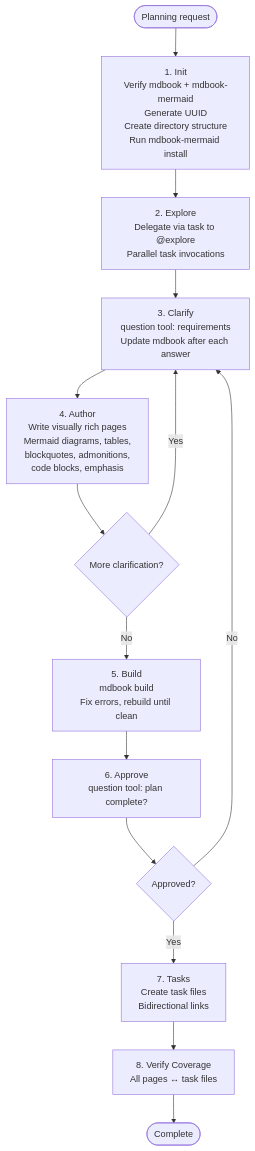
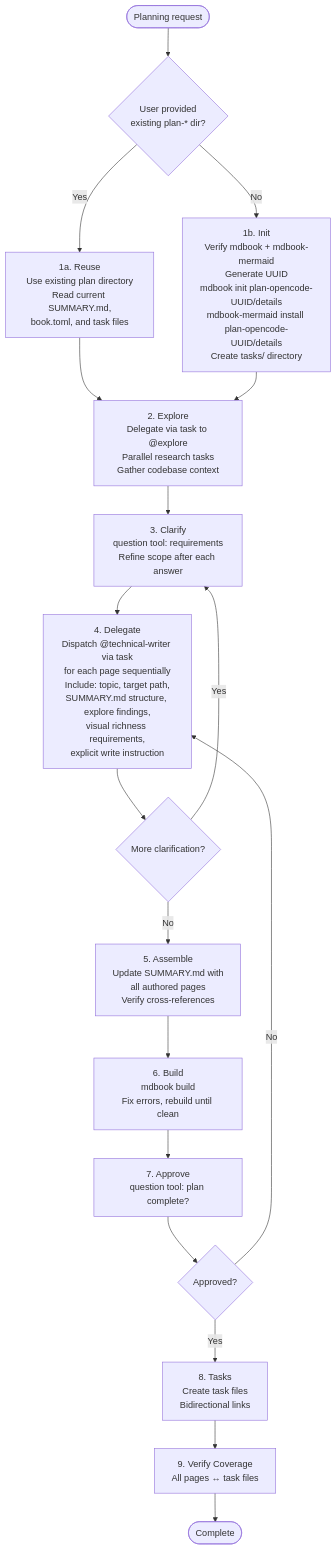
The first of 2 diagrams in pages/src/absurd/plan.md (juliankahlert/opencode-config), drawn with Mermaid before and after one commit. The commit also changed other lines of this file and 4 other files, not shown here.

````diff
--- a/pages/src/absurd/plan.md
+++ b/pages/src/absurd/plan.md
@@ -13,28 +22,35 @@
 ```mermaid
 flowchart TD
-    START([Planning request]) --> INIT
+    START([Planning request]) --> CHECK
 
-    INIT[<span>1.</span> Init<br/>Verify mdbook + mdbook-mermaid<br/>Generate UUID<br/>Create directory structure<br/>Run mdbook-mermaid install]
+    CHECK{User provided<br/>existing plan-* dir?}
+    CHECK -->|Yes| REUSE["<span>1a.</span> Reuse<br/>Use existing plan directory<br/>Read current SUMMARY.md,<br/>book.toml, and task files"]
+    CHECK -->|No| INIT["<span>1b.</span> Init<br/>Verify mdbook + mdbook-mermaid<br/>Generate UUID<br/>mdbook init plan-opencode-UUID/details<br/>mdbook-mermaid install plan-opencode-UUID/details<br/>Create tasks/ directory"]
 
-    INIT --> EXPLORE[<span>2.</span> Explore<br/>Delegate via task to @explore<br/>Parallel task invocations]
+    REUSE --> EXPLORE
+    INIT --> EXPLORE
 
-    EXPLORE --> CLARIFY[<span>3.</span> Clarify<br/>question tool: requirements<br/>Update mdbook after each answer]
+    EXPLORE["<span>2.</span> Explore<br/>Delegate via task to @explore<br/>Parallel research tasks<br/>Gather codebase context"]
 
-    CLARIFY --> AUTHOR[<span>4.</span> Author<br/>Write visually rich pages<br/>Mermaid diagrams, tables,<br/>blockquotes, admonitions,<br/>code blocks, emphasis]
+    EXPLORE --> CLARIFY["<span>3.</span> Clarify<br/>question tool: requirements<br/>Refine scope after each answer"]
 
-    AUTHOR --> MORE{More clarification?}
+    CLARIFY --> DELEGATE["<span>4.</span> Delegate<br/>Dispatch @technical-writer via task<br/>for each page sequentially<br/>Include: topic, target path,<br/>SUMMARY.md structure, explore findings,<br/>visual richness requirements,<br/>explicit write instruction"]
+
+    DELEGATE --> MORE{More clarification?}
     MORE -->|Yes| CLARIFY
-    MORE -->|No| BUILD
+    MORE -->|No| ASSEMBLE
 
-    BUILD[<span>5.</span> Build<br/>mdbook build<br/>Fix errors, rebuild until clean]
+    ASSEMBLE["<span>5.</span> Assemble<br/>Update SUMMARY.md with<br/>all authored pages<br/>Verify cross-references"]
 
-    BUILD --> APPROVE[<span>6.</span> Approve<br/>question tool: plan complete?]
+    ASSEMBLE --> BUILD["<span>6.</span> Build<br/>mdbook build<br/>Fix errors, rebuild until clean"]
+
+    BUILD --> APPROVE["<span>7.</span> Approve<br/>question tool: plan complete?"]
     APPROVE --> APPROVED{Approved?}
-    APPROVED -->|No| CLARIFY
+    APPROVED -->|No| DELEGATE
     APPROVED -->|Yes| TASKS
 
-    TASKS[<span>7.</span> Tasks<br/>Create task files<br/>Bidirectional links]
+    TASKS["<span>8.</span> Tasks<br/>Create task files<br/>Bidirectional links"]
 
-    TASKS --> VERIFY[<span>8.</span> Verify Coverage<br/>All pages ↔ task files]
+    TASKS --> VERIFY["<span>9.</span> Verify Coverage<br/>All pages ↔ task files"]
     VERIFY --> DONE([Complete])
 ```
````
